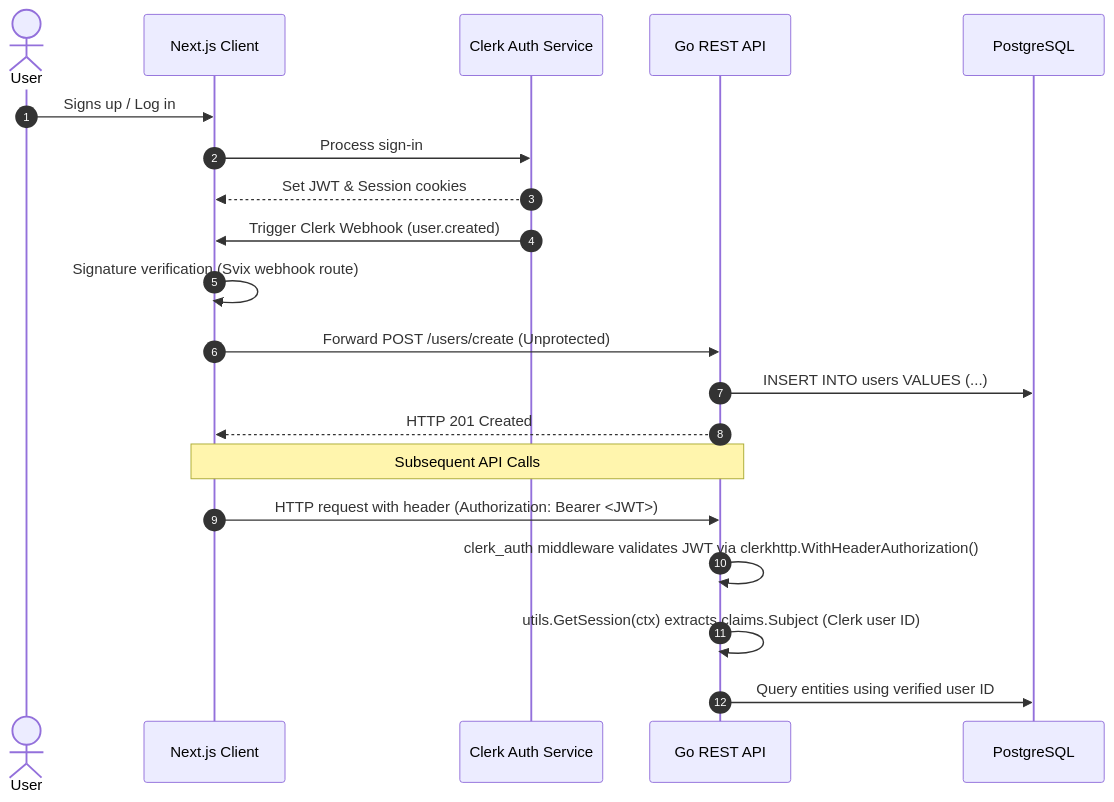
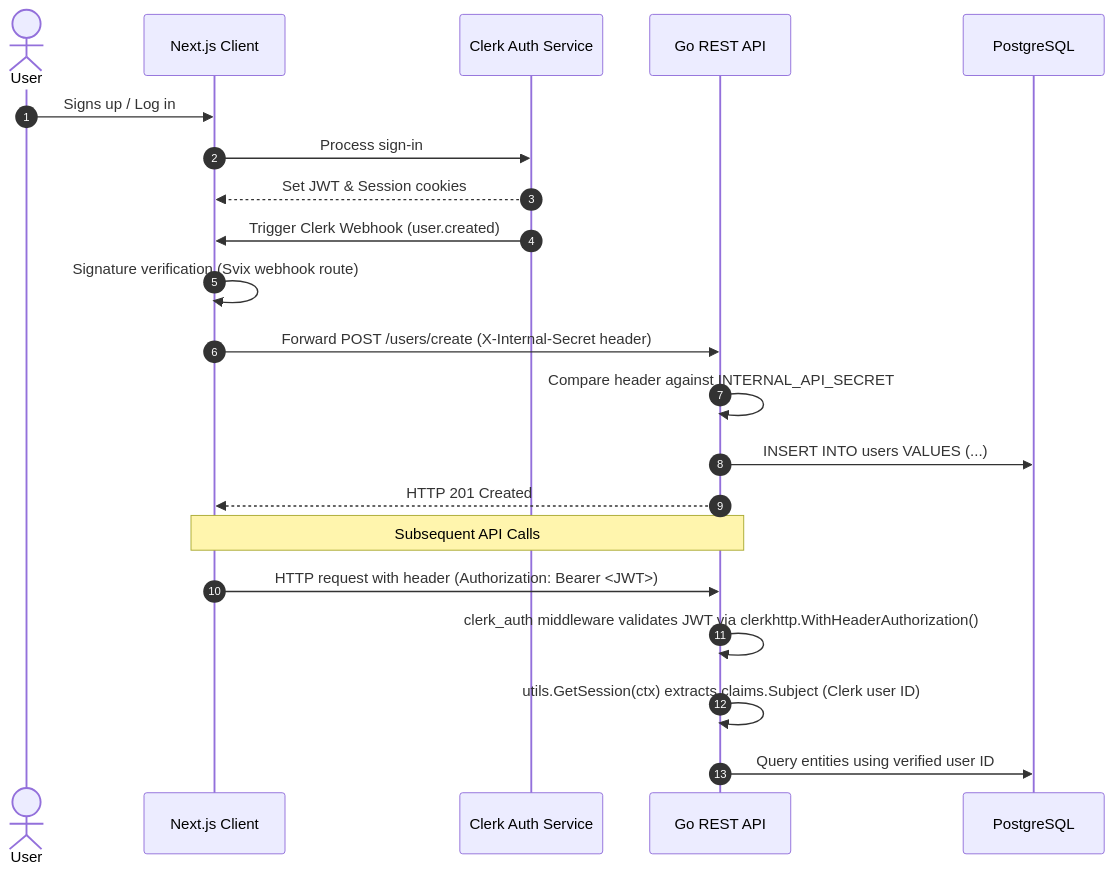
Before and after one commit to wirayuda299/cord: the third of 6 diagrams in developer_documentation.md, drawn with Mermaid. The commit also changed other lines of this file and 42 other files, not shown here.

````diff
--- a/developer_documentation.md
+++ b/developer_documentation.md
@@ -99,24 +99,25 @@
 ```mermaid
 sequenceDiagram
     autonumber
     actor User
     participant Frontend as Next.js Client
     participant Clerk as Clerk Auth Service
     participant Backend as Go REST API
     participant DB as PostgreSQL
 
     User->>Frontend: Signs up / Log in
     Frontend->>Clerk: Process sign-in
     Clerk-->>Frontend: Set JWT & Session cookies
     Clerk->>Frontend: Trigger Clerk Webhook (user.created)
     Frontend->>Frontend: Signature verification (Svix webhook route)
-    Frontend->>Backend: Forward POST /users/create (Unprotected)
+    Frontend->>Backend: Forward POST /users/create (X-Internal-Secret header)
+    Backend->>Backend: Compare header against INTERNAL_API_SECRET
     Backend->>DB: INSERT INTO users VALUES (...)
     Backend-->>Frontend: HTTP 201 Created
     
     Note over Frontend, Backend: Subsequent API Calls
     Frontend->>Backend: HTTP request with header (Authorization: Bearer <JWT>)
     Backend->>Backend: clerk_auth middleware validates JWT via clerkhttp.WithHeaderAuthorization()
     Backend->>Backend: utils.GetSession(ctx) extracts claims.Subject (Clerk user ID)
     Backend->>DB: Query entities using verified user ID
 ```
````
